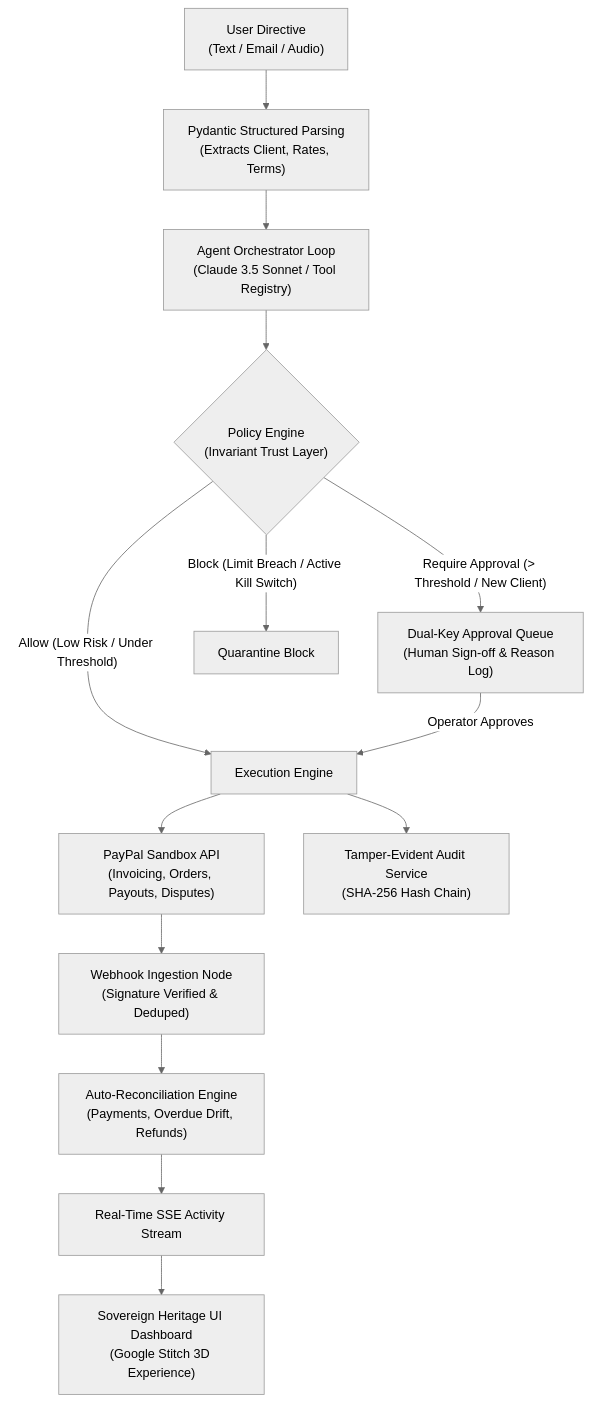
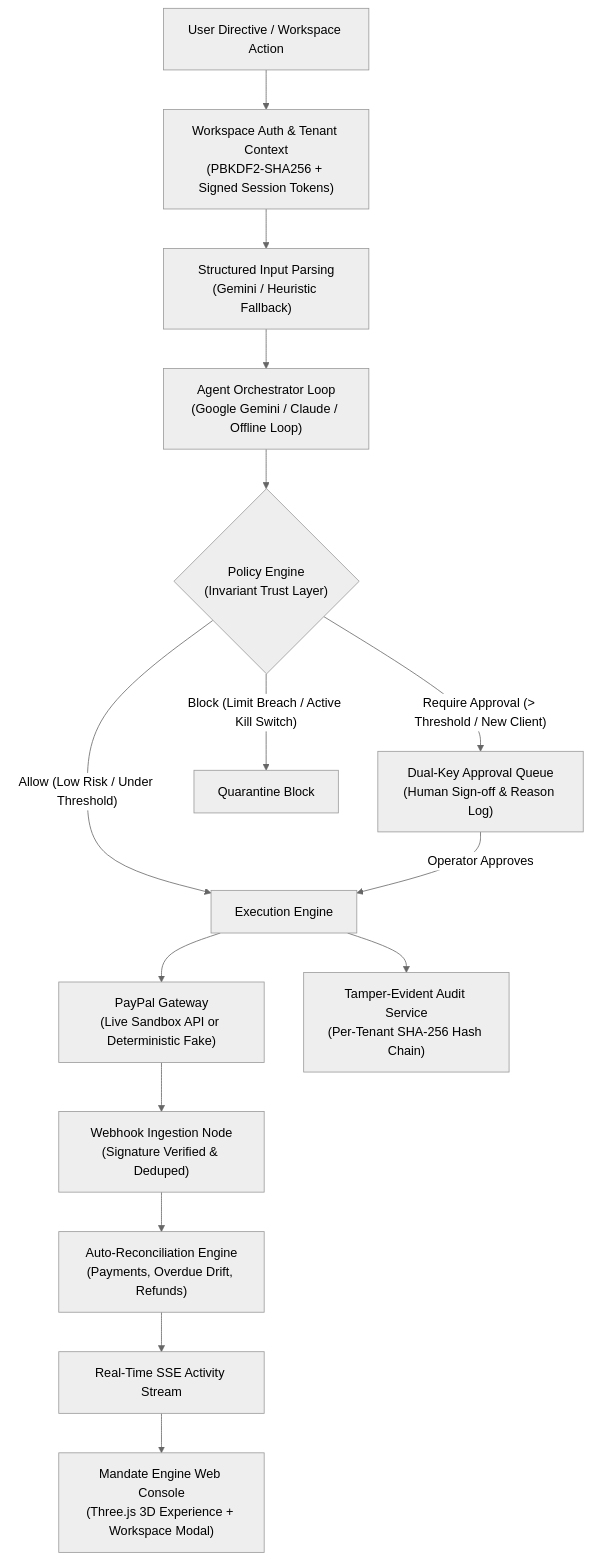
Before and after one commit to vishalshukla057/MANDATE: the diagram in README.md, drawn with Mermaid (neutral theme). The commit also changed other lines of this file and 1 other file, not shown here.

Commit message:
docs(readme): update README and requirements for Gemini, workspaces, and explore mode

````diff
--- a/README.md
+++ b/README.md
@@ -16,21 +16,22 @@
 ```mermaid
 flowchart TD
-    User["User Directive<br/>(Text / Email / Audio)"] --> Parse["Pydantic Structured Parsing<br/>(Extracts Client, Rates, Terms)"]
-    Parse --> Agent["Agent Orchestrator Loop<br/>(Claude 3.5 Sonnet / Tool Registry)"]
-    
+    User["User Directive / Workspace Action"] --> Auth["Workspace Auth & Tenant Context<br/>(PBKDF2-SHA256 + Signed Session Tokens)"]
+    Auth --> Parse["Structured Input Parsing<br/>(Gemini / Heuristic Fallback)"]
+    Parse --> Agent["Agent Orchestrator Loop<br/>(Google Gemini / Claude / Offline Loop)"]
+
     Agent --> Policy{"Policy Engine<br/>(Invariant Trust Layer)"}
-    
+
     Policy -- "Allow (Low Risk / Under Threshold)" --> Exec["Execution Engine"]
     Policy -- "Require Approval (> Threshold / New Client)" --> Queue["Dual-Key Approval Queue<br/>(Human Sign-off & Reason Log)"]
     Policy -- "Block (Limit Breach / Active Kill Switch)" --> Block["Quarantine Block"]
-    
+
     Queue -- "Operator Approves" --> Exec
-    
-    Exec --> PayPal["PayPal Sandbox API<br/>(Invoicing, Orders, Payouts, Disputes)"]
+
+    Exec --> PayPal["PayPal Gateway<br/>(Live Sandbox API or Deterministic Fake)"]
     PayPal --> Webhook["Webhook Ingestion Node<br/>(Signature Verified & Deduped)"]
     Webhook --> Reconcile["Auto-Reconciliation Engine<br/>(Payments, Overdue Drift, Refunds)"]
-    
-    Exec --> Audit["Tamper-Evident Audit Service<br/>(SHA-256 Hash Chain)"]
+
+    Exec --> Audit["Tamper-Evident Audit Service<br/>(Per-Tenant SHA-256 Hash Chain)"]
     Reconcile --> Feed["Real-Time SSE Activity Stream"]
-    Feed --> UI["Sovereign Heritage UI Dashboard<br/>(Google Stitch 3D Experience)"]
+    Feed --> UI["Mandate Engine Web Console<br/>(Three.js 3D Experience + Workspace Modal)"]
 ```
````
